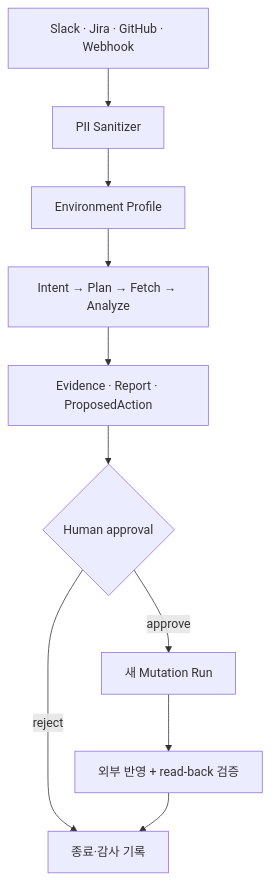
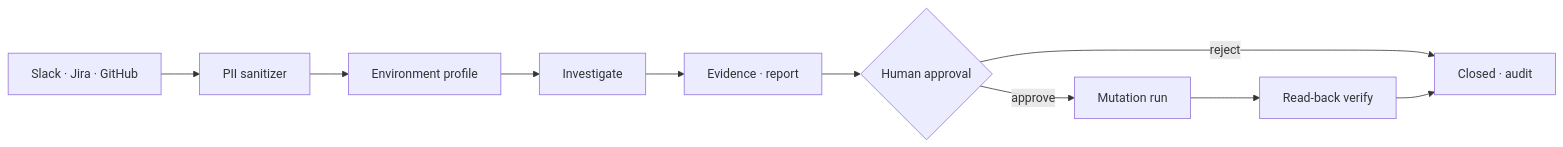
The first of 2 diagrams in docs/projects/works-daily-agents.md (devcy0922/devcy0922.github.io), drawn with Mermaid before and after one commit. The commit also changed other lines of this file and 32 other files, not shown here.

````diff
--- a/docs/projects/works-daily-agents.md
+++ b/docs/projects/works-daily-agents.md
@@ -13,12 +22,12 @@
 ```mermaid
-flowchart TD
-    Trigger[Slack · Jira · GitHub · Webhook] --> Sanitize[PII Sanitizer]
-    Sanitize --> Profile[Environment Profile]
-    Profile --> Investigate[Intent → Plan → Fetch → Analyze]
-    Investigate --> Report[Evidence · Report · ProposedAction]
+flowchart LR
+    Trigger[Slack · Jira · GitHub] --> Sanitize[PII sanitizer]
+    Sanitize --> Profile[Environment profile]
+    Profile --> Investigate[Investigate]
+    Investigate --> Report[Evidence · report]
     Report --> Approval{Human approval}
-    Approval -->|reject| Closed[종료·감사 기록]
-    Approval -->|approve| Mutation[새 Mutation Run]
-    Mutation --> Verify[외부 반영 + read-back 검증]
-    Verify --> Closed
+    Approval -->|approve| Mutation[Mutation run]
+    Approval -->|reject| Audit[Closed · audit]
+    Mutation --> Verify[Read-back verify]
+    Verify --> Audit
 ```
````
